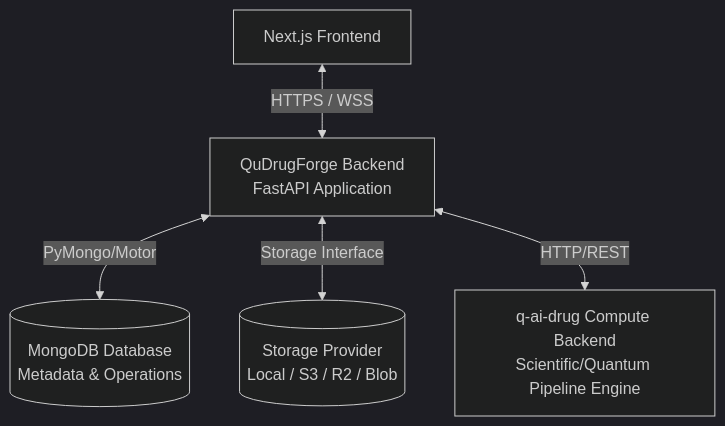
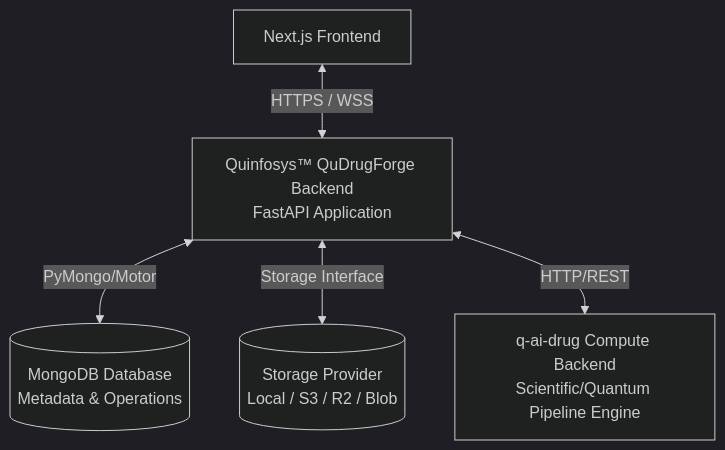
The diagram in backend-mnl/qudrugforge-backend/docs/architecture.md (Stakeylock/q-ai-drug-new), drawn with Mermaid (dark theme) before and after one commit. The commit also changed other lines of this file and 33 other files, not shown here.

````diff
--- a/backend-mnl/qudrugforge-backend/docs/architecture.md
+++ b/backend-mnl/qudrugforge-backend/docs/architecture.md
@@ -9,7 +9,7 @@
 ```mermaid
 graph TD
-    Client[Next.js Frontend] <--> |HTTPS / WSS| Backend[QuDrugForge Backend<br>FastAPI Application]
+    Client[Next.js Frontend] <--> |HTTPS / WSS| Backend[Quinfosys™ QuDrugForge Backend<br>FastAPI Application]
     Backend <--> |PyMongo/Motor| DB[(MongoDB Database<br>Metadata & Operations)]
     Backend <--> |Storage Interface| FS[(Storage Provider<br>Local / S3 / R2 / Blob)]
     Backend <--> |HTTP/REST| Compute[q-ai-drug Compute Backend<br>Scientific/Quantum Pipeline Engine]
 ```
````
